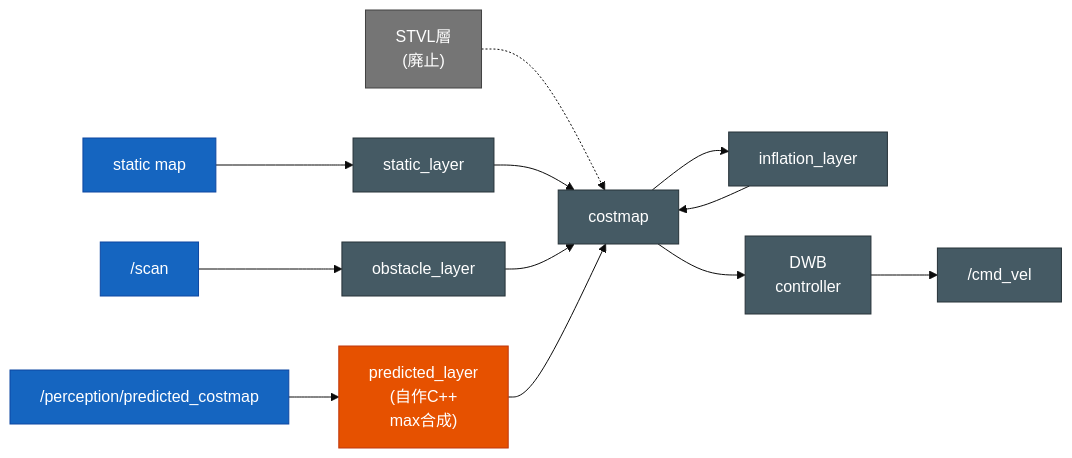
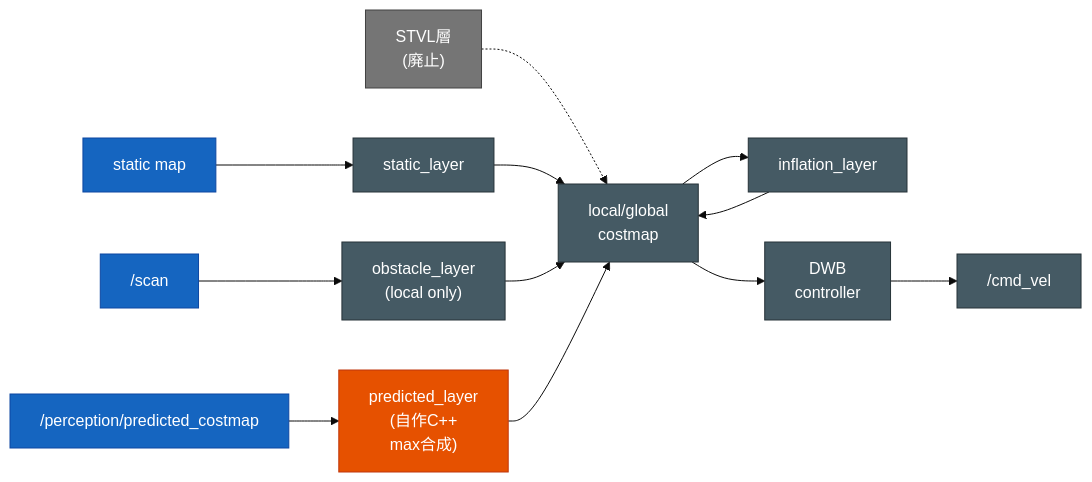
The diagram in docs/nav2_tuning.md (sato-susumu/susumu_object_perception), drawn with Mermaid (base theme) before and after one commit. The commit also changed other lines of this file and 323 other files, not shown here.

````diff
--- a/docs/nav2_tuning.md
+++ b/docs/nav2_tuning.md
@@ -36,33 +36,33 @@
 ```mermaid
 flowchart LR
     SCAN["/scan"]:::hd
     PRED["/perception/predicted_costmap"]:::hd
     MAP["static map"]:::hd
     STVL["STVL層<br/>(廃止)"]:::skip
 
     SL["static_layer"]:::ext
-    OL["obstacle_layer"]:::ext
+    OL["obstacle_layer<br/>(local only)"]:::ext
     PL["predicted_layer<br/>(自作C++<br/>max合成)"]:::own
     IL["inflation_layer"]:::ext
 
-    CM["costmap"]:::ext
+    CM["local/global<br/>costmap"]:::ext
     DWB["DWB<br/>controller"]:::ext
     CMD["/cmd_vel"]:::ext
 
     MAP --> SL
     SCAN --> OL
     PRED --> PL
     STVL -.-> CM
 
     SL --> CM
     OL --> CM
     PL --> CM
     CM --> IL --> CM
     CM --> DWB --> CMD
 
     classDef aw fill:#2e7d32,stroke:#1b5e20,color:#fff;
     classDef own fill:#e65100,stroke:#bf360c,color:#fff;
     classDef hd fill:#1565c0,stroke:#0d47a1,color:#fff;
     classDef skip fill:#757575,stroke:#424242,color:#fff;
     classDef ext fill:#455a64,stroke:#263238,color:#fff;
 ```
````
